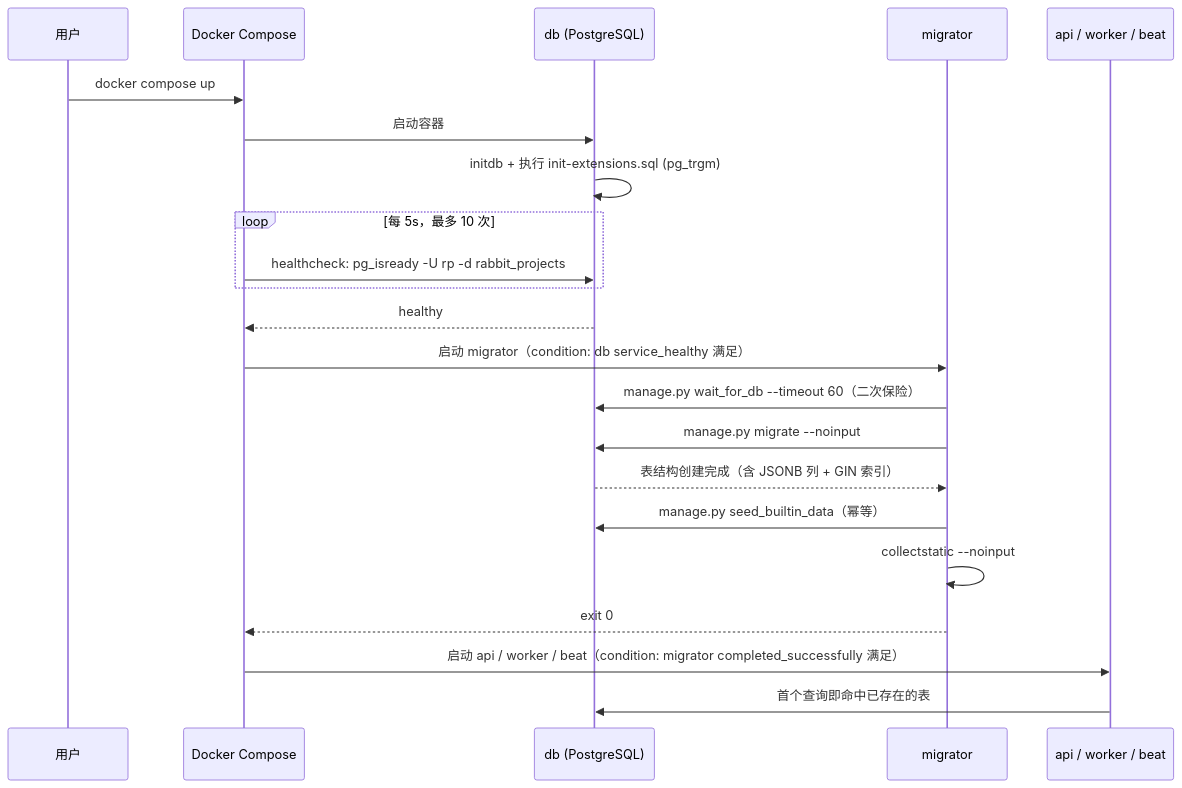
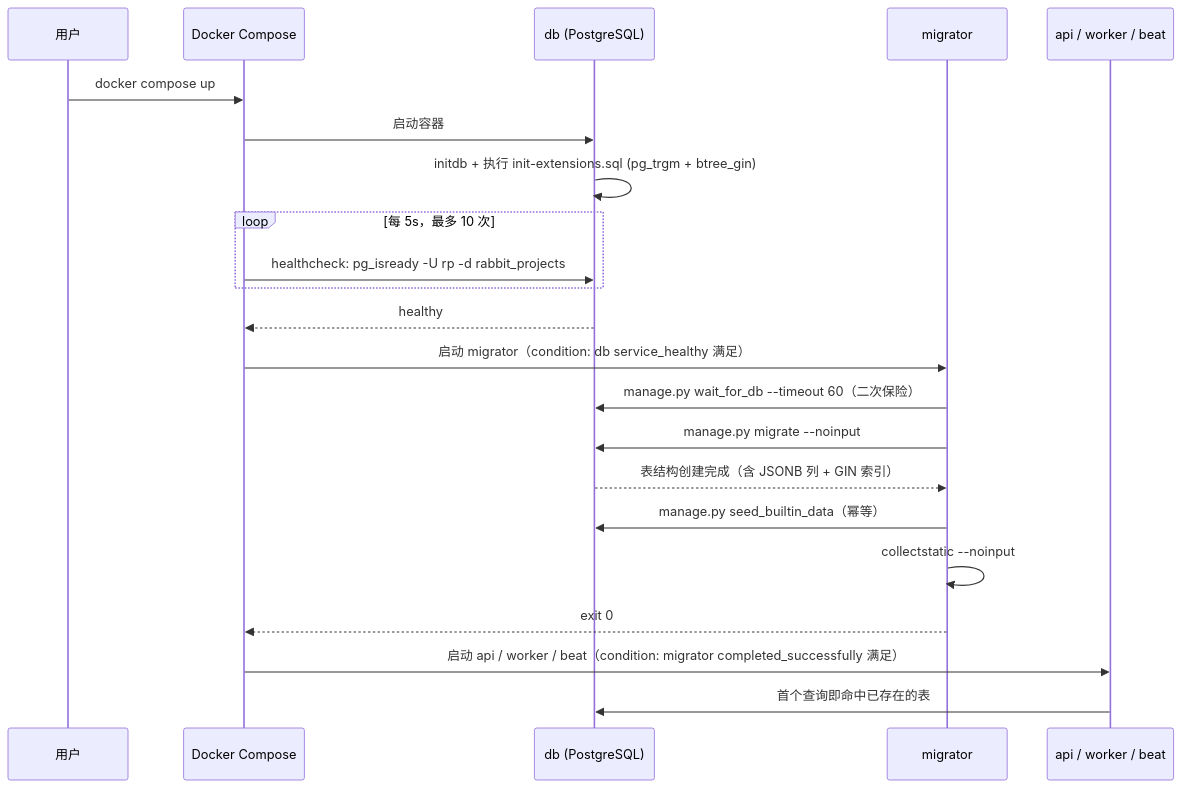
Before and after one commit to RabbitAI-Lab/RabbitProjects: the third of 3 diagrams in docs/sprint-0-poc/INFRA-002-docker-compose.md, drawn with Mermaid. The commit also changed other lines of this file and 86 other files, not shown here.

````diff
--- a/docs/sprint-0-poc/INFRA-002-docker-compose.md
+++ b/docs/sprint-0-poc/INFRA-002-docker-compose.md
@@ -1171,25 +1230,25 @@
 ```mermaid
 sequenceDiagram
     participant U as 用户
     participant C as Docker Compose
     participant DB as db (PostgreSQL)
     participant M as migrator
     participant A as api / worker / beat
 
     U->>C: docker compose up
     C->>DB: 启动容器
-    DB->>DB: initdb + 执行 init-extensions.sql (pg_trgm)
+    DB->>DB: initdb + 执行 init-extensions.sql (pg_trgm + btree_gin)
     loop 每 5s，最多 10 次
         C->>DB: healthcheck: pg_isready -U rp -d rabbit_projects
     end
     DB-->>C: healthy
     C->>M: 启动 migrator（condition: db service_healthy 满足）
     M->>DB: manage.py wait_for_db --timeout 60（二次保险）
     M->>DB: manage.py migrate --noinput
     DB-->>M: 表结构创建完成（含 JSONB 列 + GIN 索引）
     M->>DB: manage.py seed_builtin_data（幂等）
     M->>M: collectstatic --noinput
     M-->>C: exit 0
     C->>A: 启动 api / worker / beat（condition: migrator completed_successfully 满足）
     A->>DB: 首个查询即命中已存在的表
 ```
````
